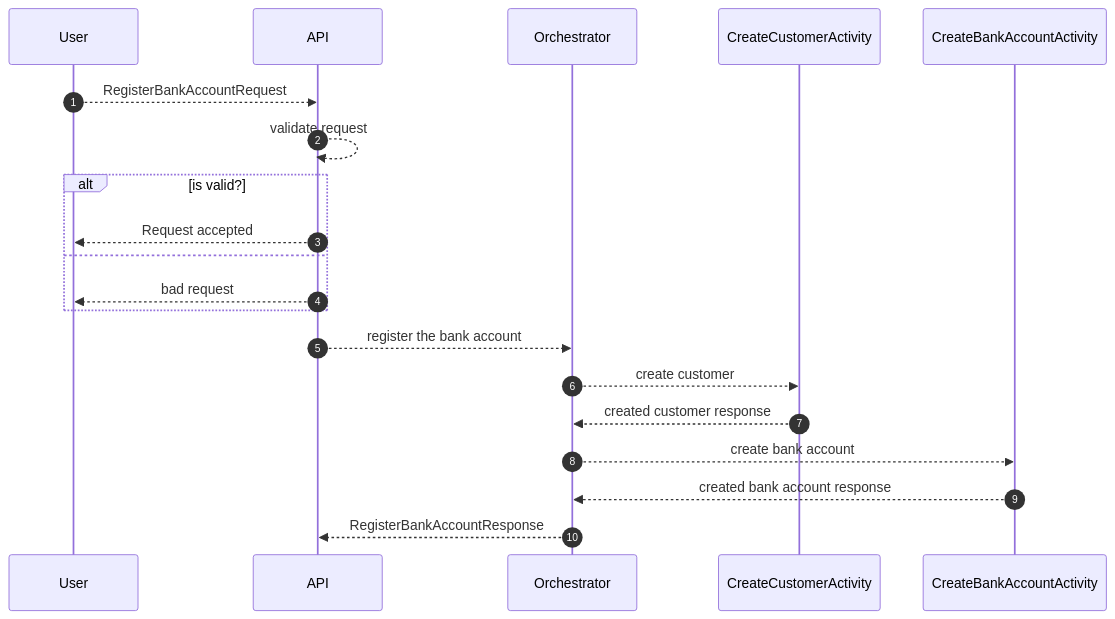
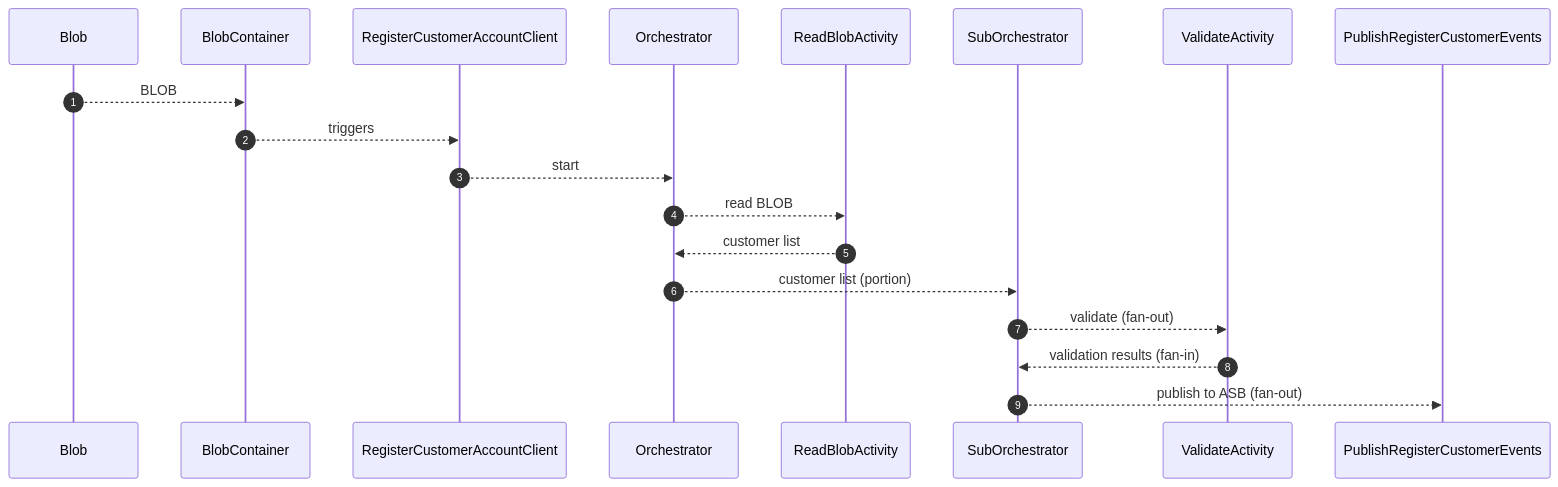
One commit to Cheranga/Demo.DurableFunctions changed the diagram in README.md. Above: the diagram before and after it, drawn with Mermaid. The commit also changed other lines of this file and 13 other files, not shown here.

````diff
--- a/README.md
+++ b/README.md
@@ -37,18 +36,13 @@
 ```mermaid
 sequenceDiagram
 autoNumber
-User -->> API: RegisterBankAccountRequest
-API -->> API: validate request
-  alt is valid?
-    API -->> User: Request accepted
-  else
-    API -->> User: bad request    
-  end
-
-API -->> Orchestrator: register the bank account
-Orchestrator -->> CreateCustomerActivity: create customer
-CreateCustomerActivity -->> Orchestrator: created customer response
-Orchestrator -->> CreateBankAccountActivity: create bank account
-CreateBankAccountActivity -->> Orchestrator: created bank account response
-Orchestrator -->> API: RegisterBankAccountResponse
+Blob -->> BlobContainer: BLOB
+BlobContainer -->> RegisterCustomerAccountClient: triggers
+RegisterCustomerAccountClient -->> Orchestrator: start
+Orchestrator -->> ReadBlobActivity: read BLOB
+ReadBlobActivity -->> Orchestrator: customer list
+Orchestrator -->> SubOrchestrator: customer list (portion)
+SubOrchestrator -->> ValidateActivity: validate (fan-out)
+ValidateActivity -->> SubOrchestrator: validation results (fan-in)
+SubOrchestrator -->> PublishRegisterCustomerEvents: publish to ASB (fan-out)
 ```
````
